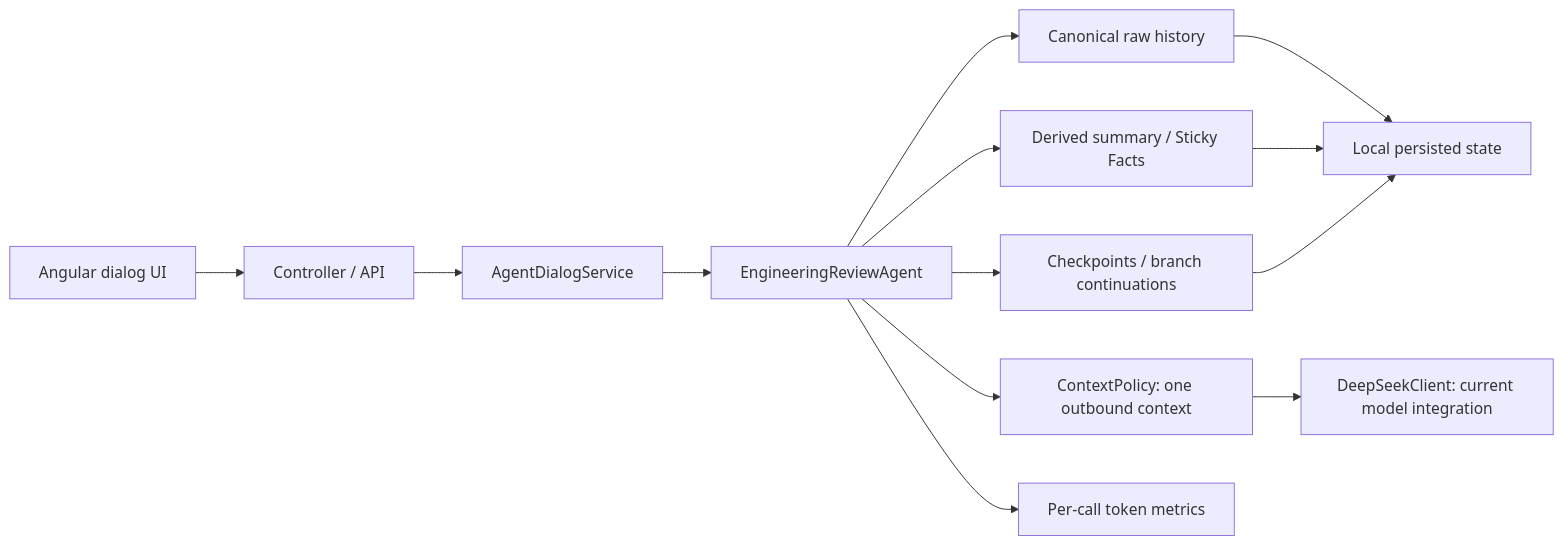
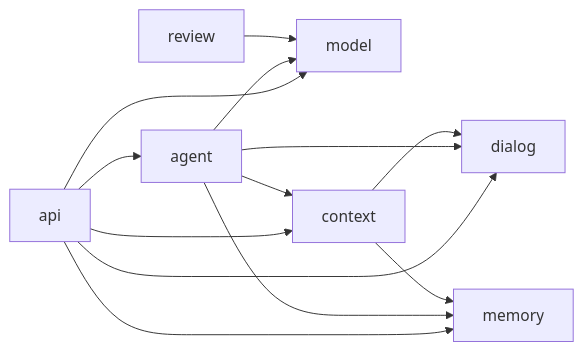
Before and after one commit to nikita11174/ai-advent: the diagram in docs/ARCHITECTURE.md, drawn with Mermaid. The commit also changed other lines of this file and 3 other files, not shown here.

Commit message:
docs: close Day 11 and refresh roadmap

````diff
--- a/docs/ARCHITECTURE.md
+++ b/docs/ARCHITECTURE.md
@@ -16,15 +43,15 @@
 ```mermaid
 flowchart LR
-  UI[Angular dialog UI] --> API[Controller / API]
-  API --> Service[AgentDialogService]
-  Service --> Agent[EngineeringReviewAgent]
-  Agent --> Raw[Canonical raw history]
-  Agent --> Context[ContextPolicy: one outbound context]
-  Agent --> Derived[Derived summary / Sticky Facts]
-  Agent --> Topology[Checkpoints / branch continuations]
-  Context --> Provider[DeepSeekClient: current model integration]
-  Agent --> Metrics[Per-call token metrics]
-  Raw --> Persistence[Local persisted state]
-  Derived --> Persistence
-  Topology --> Persistence
+  API[api] --> Agent[agent]
+  API --> Model[model]
+  API --> Dialog[dialog]
+  API --> Memory[memory]
+  API --> Context[context]
+  Agent --> Model
+  Agent --> Dialog
+  Agent --> Memory
+  Agent --> Context
+  Context --> Dialog
+  Context --> Memory
+  Review[review] --> Model
 ```
````
